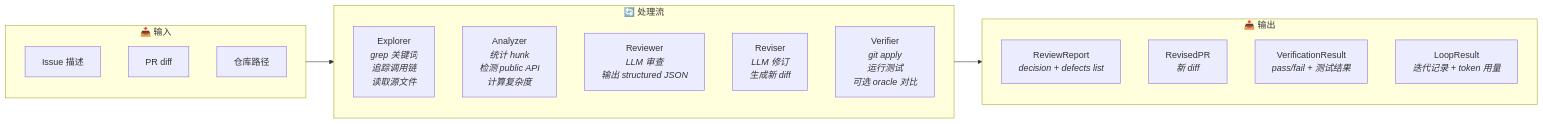
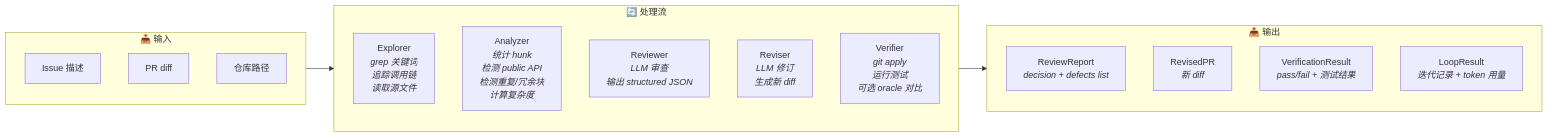
One commit to KevinZhangNothing/swe-review-plugin changed the second of 14 diagrams in README.md. Above: the diagram before and after it, drawn with Mermaid. The commit also changed other lines of this file and 4 other files, not shown here.

````diff
--- a/README.md
+++ b/README.md
@@ -74,27 +74,27 @@
 ```mermaid
 flowchart LR
     subgraph Input["📥 输入"]
         I[Issue 描述]
         D[PR diff]
         R[仓库路径]
     end
 
     subgraph Flow["🔄 处理流"]
         direction TB
         EXP[Explorer<br/><i>grep 关键词<br/>追踪调用链<br/>读取源文件</i>]
-        ANL[Analyzer<br/><i>统计 hunk<br/>检测 public API<br/>计算复杂度</i>]
+        ANL[Analyzer<br/><i>统计 hunk<br/>检测 public API<br/>检测重复/冗余块<br/>计算复杂度</i>]
         REV[Reviewer<br/><i>LLM 审查<br/>输出 structured JSON</i>]
         FIX[Reviser<br/><i>LLM 修订<br/>生成新 diff</i>]
         VER[Verifier<br/><i>git apply<br/>运行测试<br/>可选 oracle 对比</i>]
     end
 
     subgraph Output["📤 输出"]
         O1["ReviewReport<br/><i>decision + defects list</i>"]
         O2[RevisedPR<br/><i>新 diff</i>]
         O3[VerificationResult<br/><i>pass/fail + 测试结果</i>]
         O4[LoopResult<br/><i>迭代记录 + token 用量</i>]
     end
 
     Input --> Flow
     Flow --> Output
 ```
````
